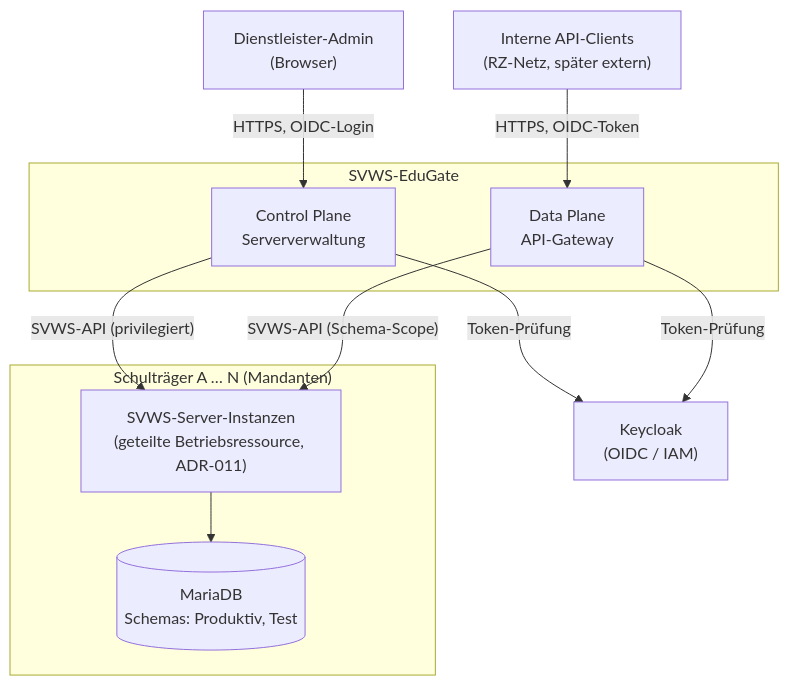
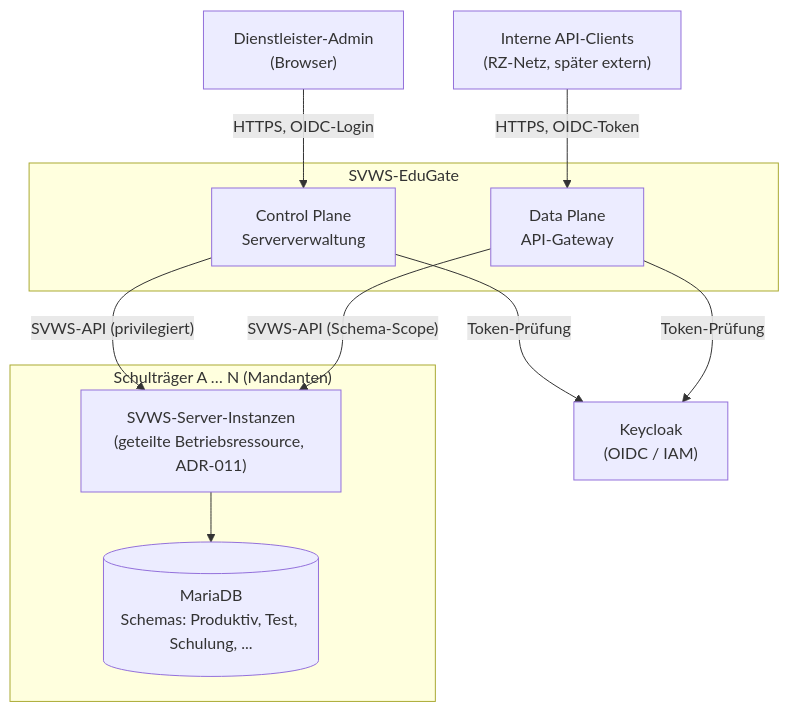
One commit to FPfotenhauer/SVWS-EduGate changed the first of 6 diagrams in architecture/ARCHITECTURE.md. Above: the diagram before and after it, drawn with Mermaid. The commit also changed other lines of this file and 8 other files, not shown here.

````diff
--- a/architecture/ARCHITECTURE.md
+++ b/architecture/ARCHITECTURE.md
@@ -67,25 +67,25 @@
 ```mermaid
 flowchart TB
     admin["Dienstleister-Admin<br/>(Browser)"]
     client["Interne API-Clients<br/>(RZ-Netz, später extern)"]
 
     subgraph edugate["SVWS-EduGate"]
         cp["Control Plane<br/>Serververwaltung"]
         gw["Data Plane<br/>API-Gateway"]
     end
 
     kc["Keycloak<br/>(OIDC / IAM)"]
 
     subgraph traeger["Schulträger A … N (Mandanten)"]
         svws["SVWS-Server-Instanzen<br/>(geteilte Betriebsressource, ADR-011)"]
-        db[("MariaDB<br/>Schemas: Produktiv, Test")]
+        db[("MariaDB<br/>Schemas: Produktiv, Test, Schulung, ...")]
     end
 
     admin -->|"HTTPS, OIDC-Login"| cp
     client -->|"HTTPS, OIDC-Token"| gw
     cp -->|"Token-Prüfung"| kc
     gw -->|"Token-Prüfung"| kc
     cp -->|"SVWS-API (privilegiert)"| svws
     gw -->|"SVWS-API (Schema-Scope)"| svws
     svws --> db
 ```
````
